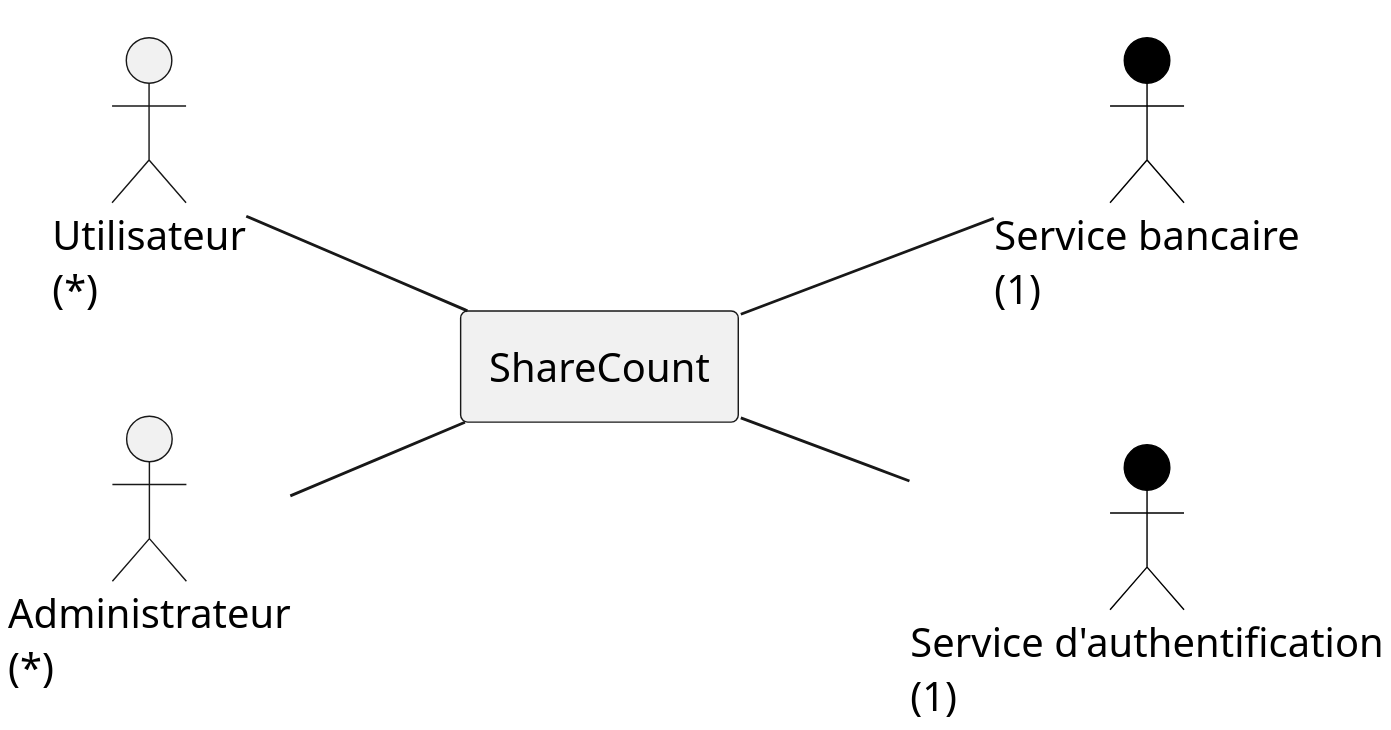
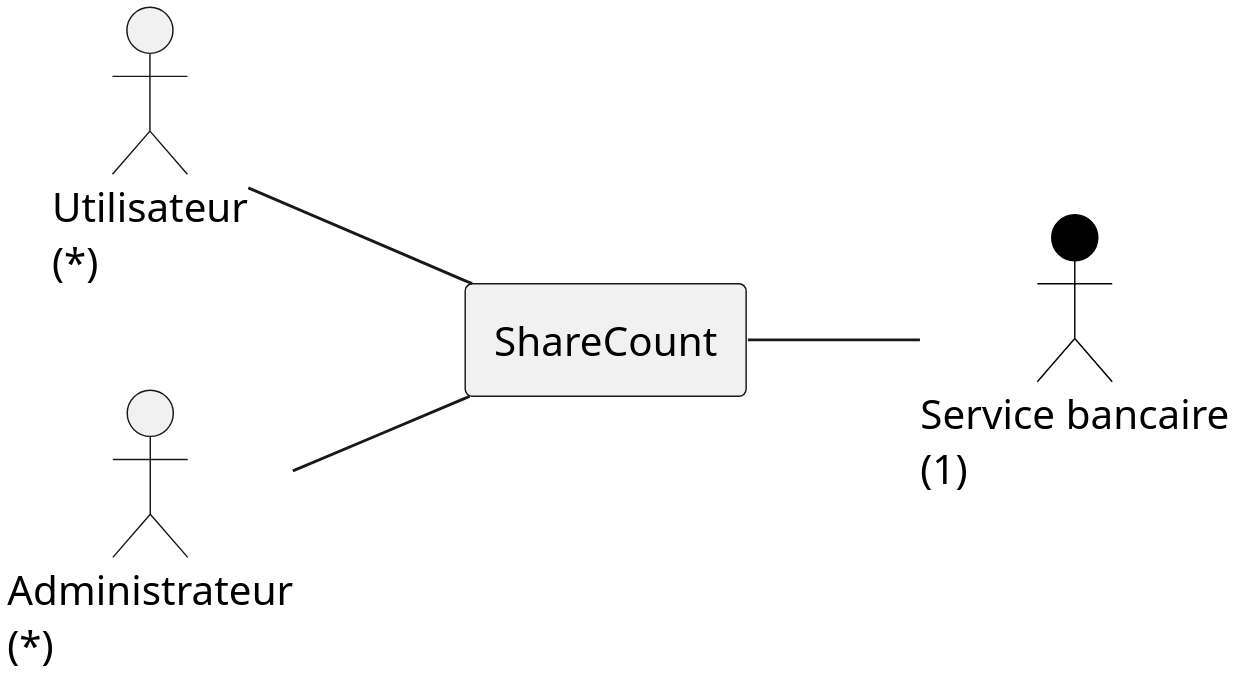
Before and after one commit to lmtb06/sharecount: the diagram in diagrammes/specification/contexte-statique/contexte-statique.puml, drawn with PlantUML. The commit also changed 7 other files, not shown here.

```diff
--- a/diagrammes/specification/contexte-statique/contexte-statique.puml
+++ b/diagrammes/specification/contexte-statique/contexte-statique.puml
@@ -1,29 +1,28 @@
 @startuml "Diagramme de contexte statique"
 
 scale 1024 width
 scale 1024 height
 
 left to right direction
 
 skinparam actor {
 BackgroundColor<< externe >> Black
 BorderColor<< externe >> Black
 StereotypeFontSize<< externe >> 0
 }
 
 actor "Utilisateur\n(*)" as User
 
 actor "Administrateur\n(*)" as Admin
 
 actor "Service bancaire\n(1)" << externe >> as SB
 
-actor "Service d'authentification\n(1)" << externe >> as SA
 
 rectangle "ShareCount" as SC
 
 User -- SC
 Admin -- SC
 SC -- SB
-SC -- SA
+
 
 @enduml
```
